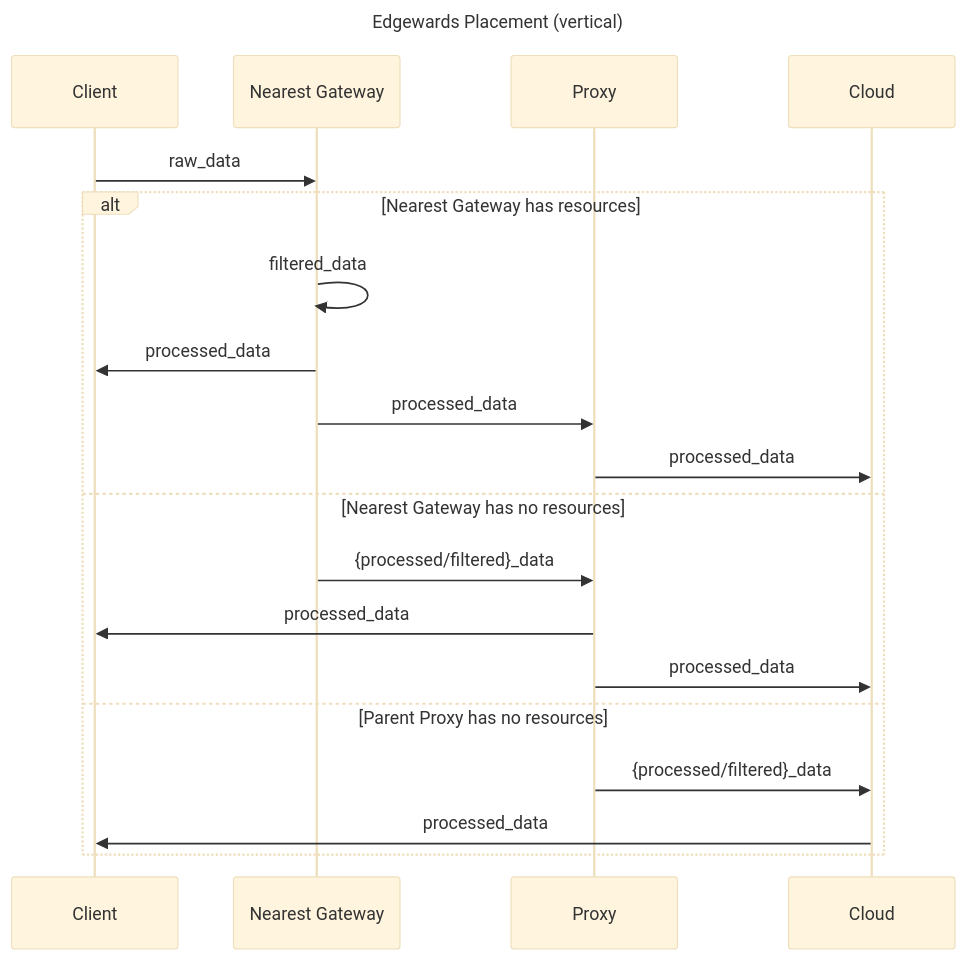
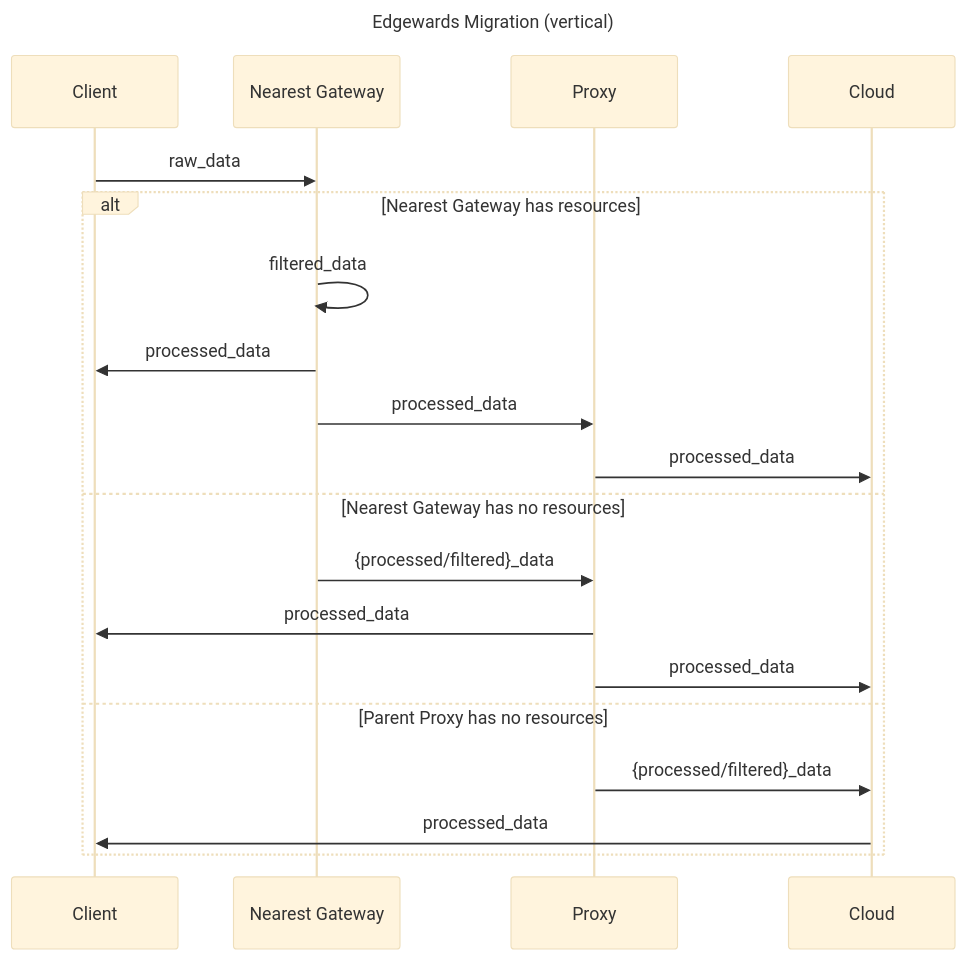
The diagram in diagrams/placements/edgewards.md (vyk1/exploring-architectural-strategies-for-mobility-experimentation-a-simulation-based-study), drawn with Mermaid (base theme) before and after one commit. The commit also changed 4 other files, not shown here.

````diff
--- a/diagrams/placements/edgewards.md
+++ b/diagrams/placements/edgewards.md
@@ -1,29 +1,29 @@
 ```mermaid
 sequenceDiagram
 
-title Edgewards Placement (vertical)
+title Edgewards Migration (vertical)
 
 participant C as Client
 participant G as Nearest Gateway
 participant P as Proxy
 participant Cl as Cloud
   
 C->>G: raw_data
 
 alt Nearest Gateway has resources
     G->>G: filtered_data
     G->>C: processed_data
     G->>P: processed_data
     P->>Cl: processed_data
 
 else Nearest Gateway has no resources 
     G->>P: {processed/filtered}_data
     P->>C: processed_data
     P->>Cl: processed_data
 
 else  Parent Proxy has no resources
     %% G->>P: {processed/filtered}_data
     P->>Cl: {processed/filtered}_data
     Cl->>C: processed_data
 end
 ```
````
